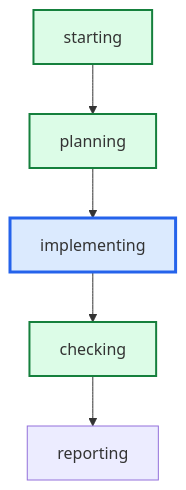
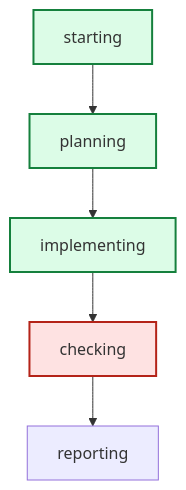
Before and after one commit to daniell0gda/hermes-feature-check-dashboard: the diagram in latest/graph.mmd, drawn with Mermaid. The commit also changed 20 other files, not shown here.

```diff
--- a/latest/graph.mmd
+++ b/latest/graph.mmd
@@ -1,13 +1,13 @@
 graph TD
     starting --> planning
     planning --> implementing
     implementing --> checking
     checking --> reporting
 
 classDef done fill:#dcfce7,stroke:#15803d,stroke-width:2px;
 classDef active fill:#dbeafe,stroke:#2563eb,stroke-width:3px;
 classDef failed fill:#fee2e2,stroke:#b42318,stroke-width:2px;
-class checking done;
-class implementing active;
 class planning done;
+class checking failed;
+class implementing done;
 class starting done;
```
